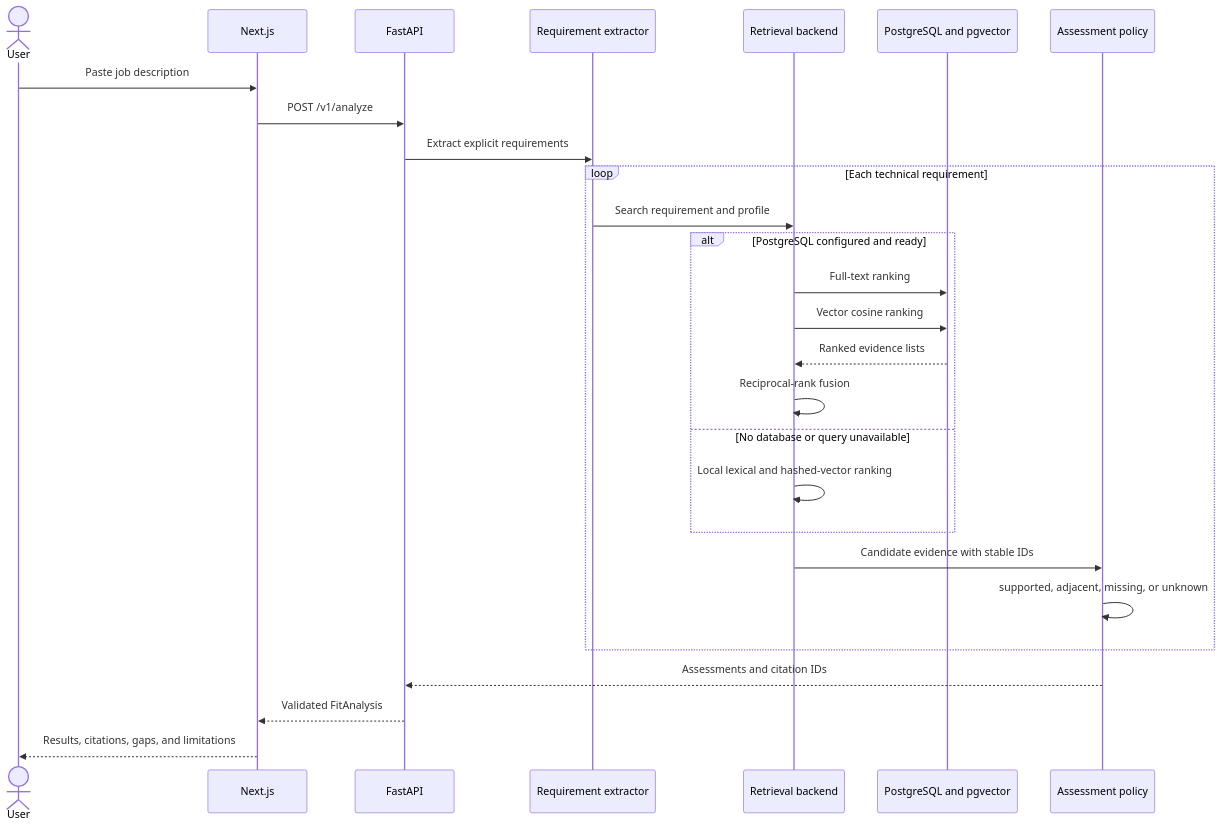
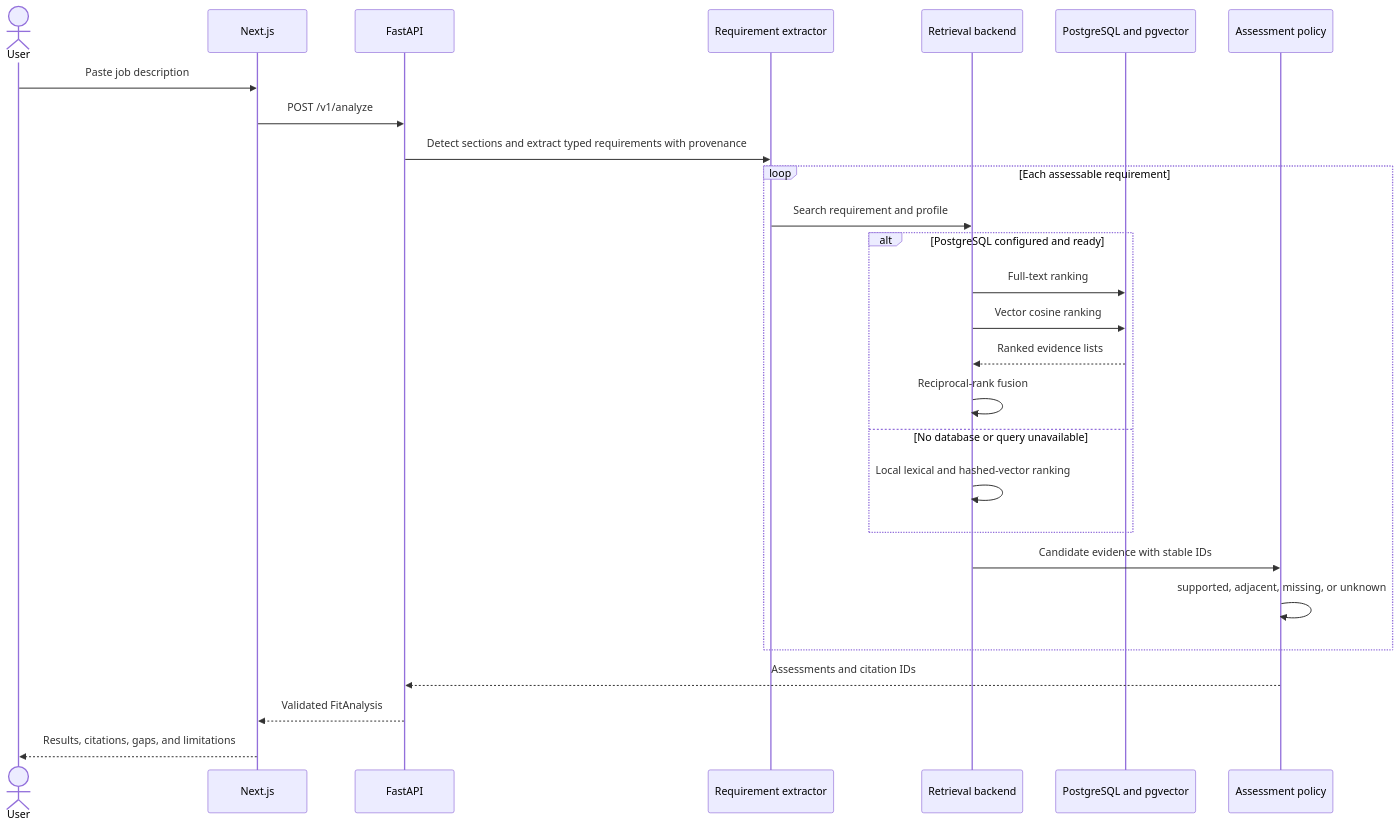
The second of 4 diagrams in docs/ARCHITECTURE.md (tjfalcon/rolesignal), drawn with Mermaid before and after one commit. The commit also changed 11 other files, not shown here.

````diff
--- a/docs/ARCHITECTURE.md
+++ b/docs/ARCHITECTURE.md
@@ -28,30 +28,30 @@
 ```mermaid
 sequenceDiagram
   actor User
   participant Web as Next.js
   participant API as FastAPI
   participant Extract as Requirement extractor
   participant Retrieve as Retrieval backend
   participant DB as PostgreSQL and pgvector
   participant Policy as Assessment policy
 
   User->>Web: Paste job description
   Web->>API: POST /v1/analyze
-  API->>Extract: Extract explicit requirements
-  loop Each technical requirement
+  API->>Extract: Detect sections and extract typed requirements with provenance
+  loop Each assessable requirement
     Extract->>Retrieve: Search requirement and profile
     alt PostgreSQL configured and ready
       Retrieve->>DB: Full-text ranking
       Retrieve->>DB: Vector cosine ranking
       DB-->>Retrieve: Ranked evidence lists
       Retrieve->>Retrieve: Reciprocal-rank fusion
     else No database or query unavailable
       Retrieve->>Retrieve: Local lexical and hashed-vector ranking
     end
     Retrieve->>Policy: Candidate evidence with stable IDs
     Policy->>Policy: supported, adjacent, missing, or unknown
   end
   Policy-->>API: Assessments and citation IDs
   API-->>Web: Validated FitAnalysis
   Web-->>User: Results, citations, gaps, and limitations
 ```
````
